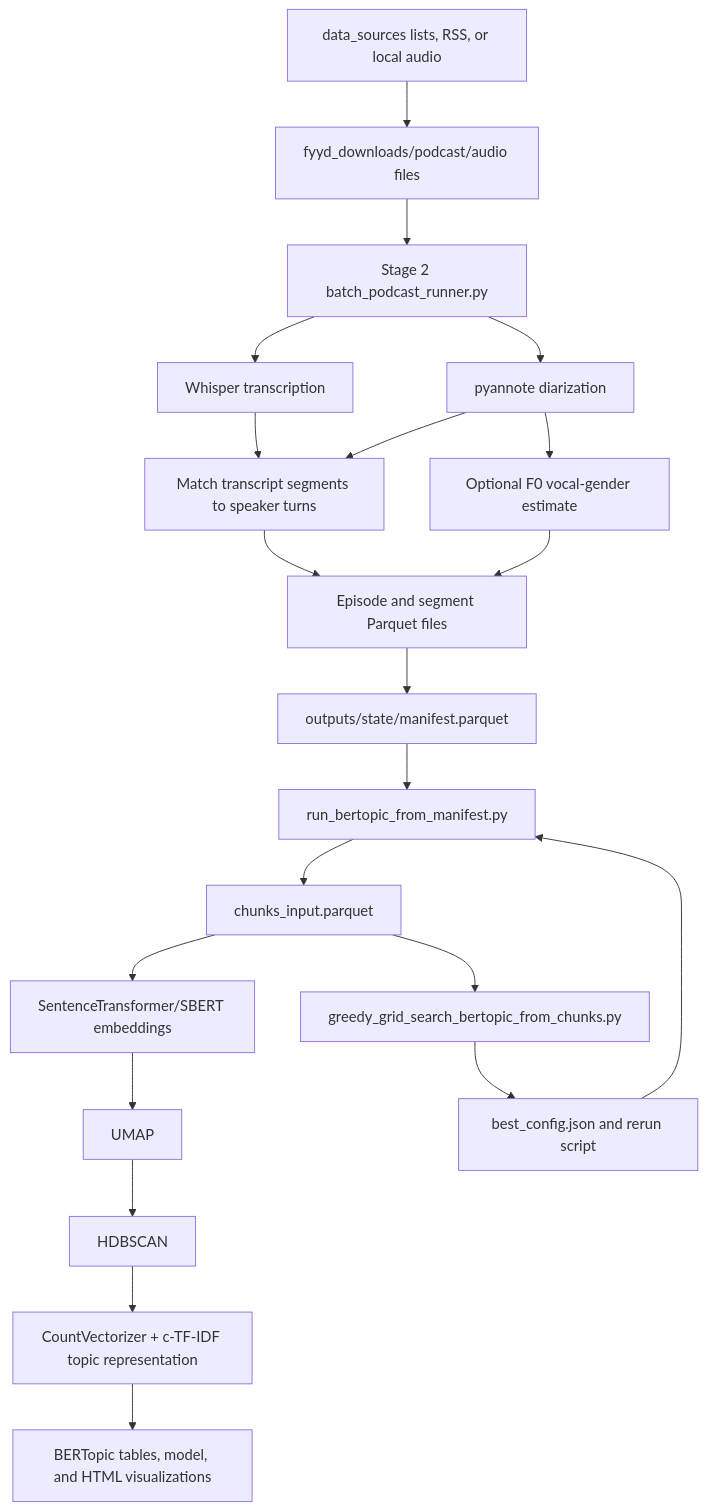
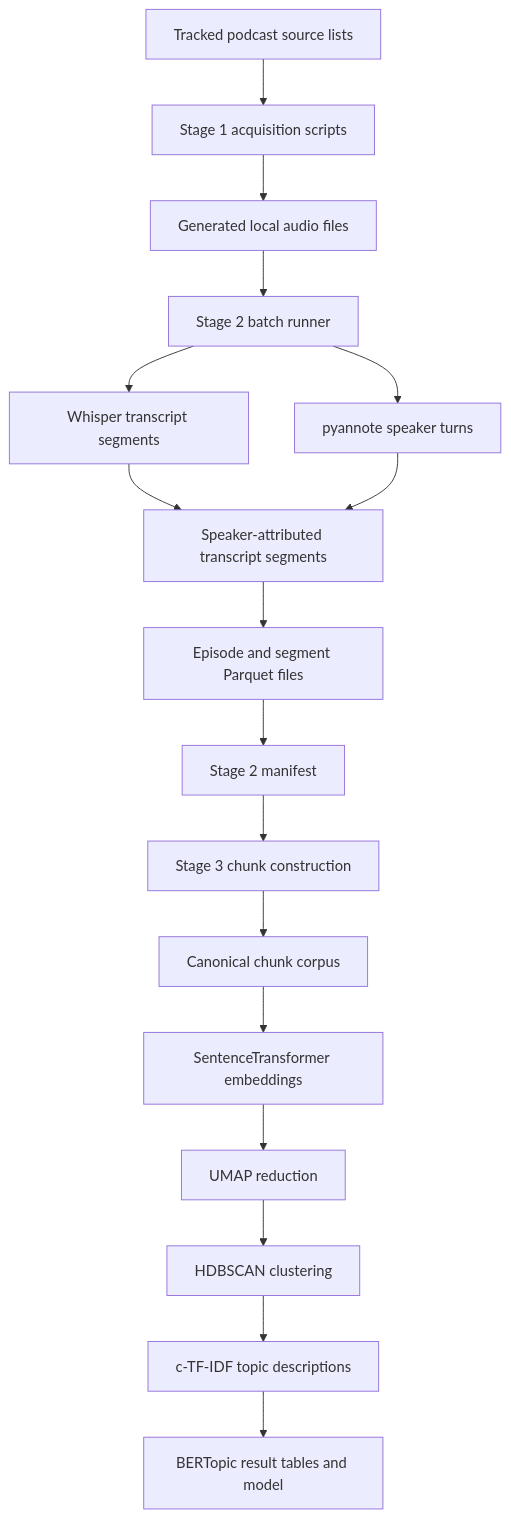
The diagram in README.md (plasma31/podcast_transcribe), drawn with Mermaid before and after one commit. The commit also changed other lines of this file, not shown here.

````diff
--- a/README.md
+++ b/README.md
@@ -43,23 +74,19 @@
 ```mermaid
 flowchart TD
-    A[data_sources lists, RSS, or local audio] --> B[fyyd_downloads/podcast/audio files]
-    B --> C[Stage 2 batch_podcast_runner.py]
-    C --> D[Whisper transcription]
-    C --> E[pyannote diarization]
-    D --> F[Match transcript segments to speaker turns]
-    E --> F
-    E --> G[Optional F0 vocal-gender estimate]
-    F --> H[Episode and segment Parquet files]
-    G --> H
-    H --> I[outputs/state/manifest.parquet]
-    I --> J[run_bertopic_from_manifest.py]
-    J --> K[chunks_input.parquet]
-    K --> L[SentenceTransformer/SBERT embeddings]
-    L --> M[UMAP]
-    M --> N[HDBSCAN]
-    N --> O[CountVectorizer + c-TF-IDF topic representation]
-    O --> P[BERTopic tables, model, and HTML visualizations]
-    K --> Q[greedy_grid_search_bertopic_from_chunks.py]
-    Q --> R[best_config.json and rerun script]
-    R --> J
+    A[Tracked podcast source lists] --> B[Stage 1 acquisition scripts]
+    B --> C[Generated local audio files]
+    C --> D[Stage 2 batch runner]
+    D --> E[Whisper transcript segments]
+    D --> F[pyannote speaker turns]
+    E --> G[Speaker-attributed transcript segments]
+    F --> G
+    G --> H[Episode and segment Parquet files]
+    H --> I[Stage 2 manifest]
+    I --> J[Stage 3 chunk construction]
+    J --> K[Canonical chunk corpus]
+    K --> L[SentenceTransformer embeddings]
+    L --> M[UMAP reduction]
+    M --> N[HDBSCAN clustering]
+    N --> O[c-TF-IDF topic descriptions]
+    O --> P[BERTopic result tables and model]
 ```
````
